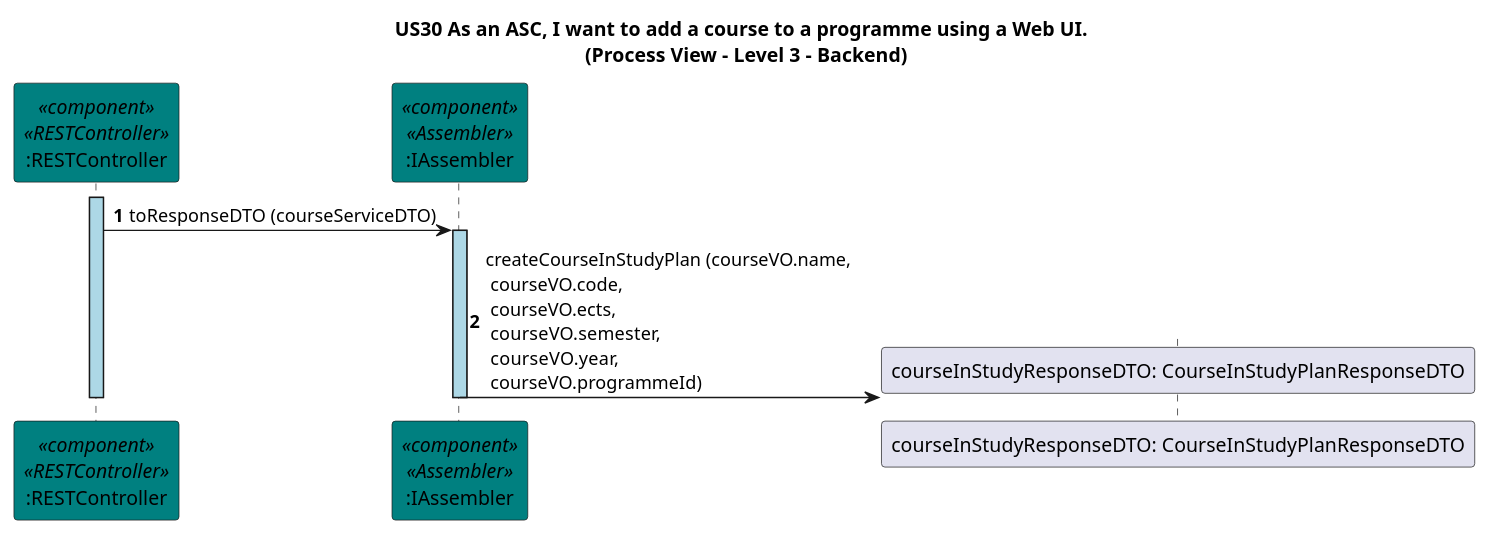
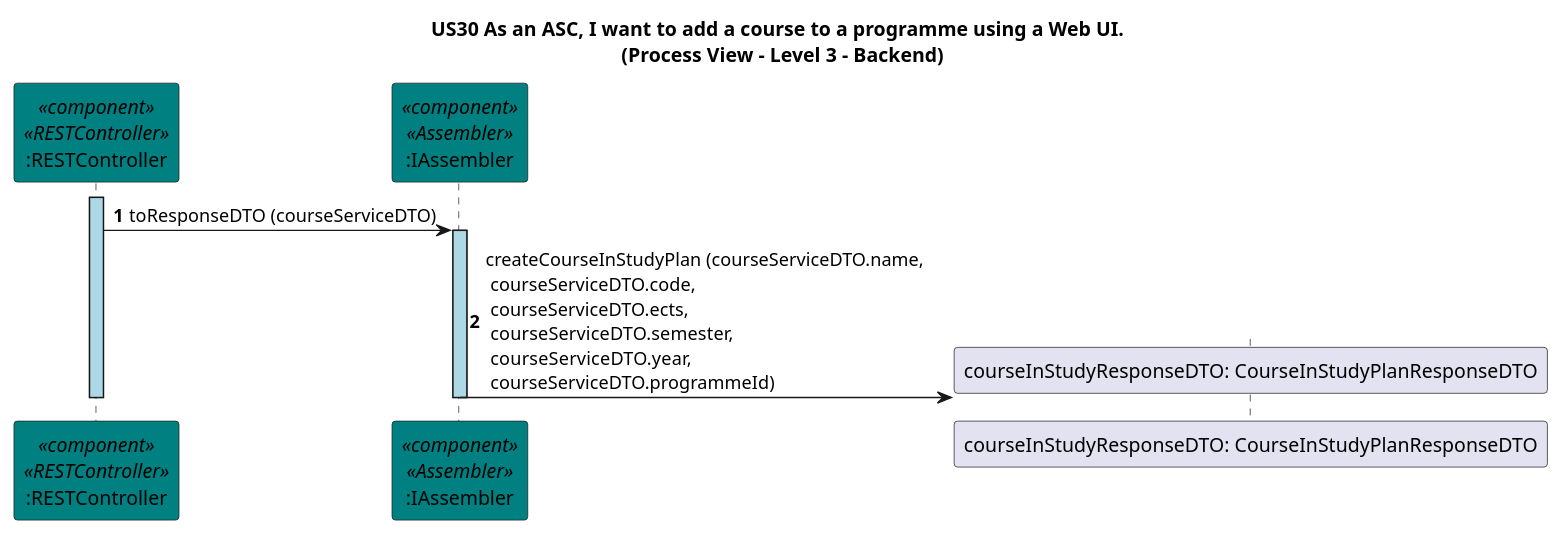
One commit to GasparISEP/DevOps-PAI changed the diagram in docs/US30/Sprint_6_REST_API/Process View/REF_ServiceDTO2ResponseDTO.puml. Above: the diagram before and after it, drawn with PlantUML.

Commit message:
fix(REF_Object2ServiceDTO): fix small details, for better comprehension Closes #567, Closes #569, Closes #571, Closes #594

```diff
--- a/docs/US30/Sprint_6_REST_API/Process View/REF_ServiceDTO2ResponseDTO.puml
+++ b/docs/US30/Sprint_6_REST_API/Process View/REF_ServiceDTO2ResponseDTO.puml
@@ -1,25 +1,25 @@
 @startuml
 title US30 As an ASC, I want to add a course to a programme using a Web UI. \n (Process View - Level 3 - Backend)
 
 autonumber
 skinparam {
   ActivityPadding 2
   ActivityMargin 2
   BoxPadding 2
 }
 
 participant ":RESTController" as restController <<component>> <<RESTController>> #teal
 participant ":IAssembler" as assembler <<component>> <<Assembler>> #teal
 
 activate restController #LightBlue
 restController -> assembler: toResponseDTO (courseServiceDTO)
 
 activate assembler #LightBlue
 
 create "courseInStudyResponseDTO: CourseInStudyPlanResponseDTO"
-assembler -> "courseInStudyResponseDTO: CourseInStudyPlanResponseDTO": createCourseInStudyPlan (courseVO.name,\n courseVO.code,\n courseVO.ects,\n courseVO.semester,\n courseVO.year,\n courseVO.programmeId)
+assembler -> "courseInStudyResponseDTO: CourseInStudyPlanResponseDTO": createCourseInStudyPlan (courseServiceDTO.name,\n courseServiceDTO.code,\n courseServiceDTO.ects,\n courseServiceDTO.semester,\n courseServiceDTO.year,\n courseServiceDTO.programmeId)
 
 deactivate assembler
 deactivate restController
 
 @enduml
```
